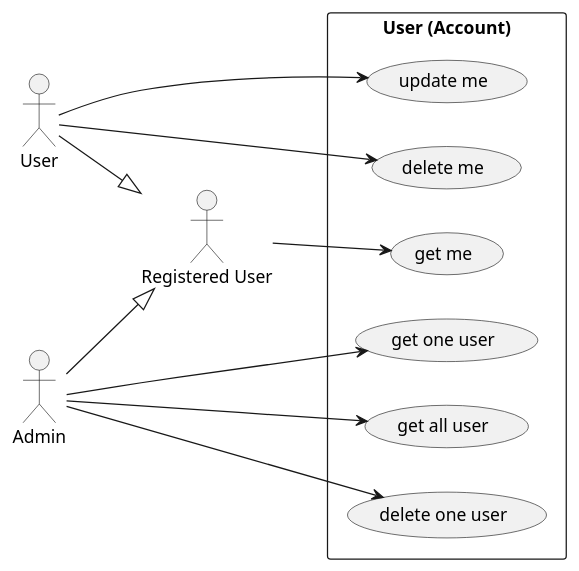
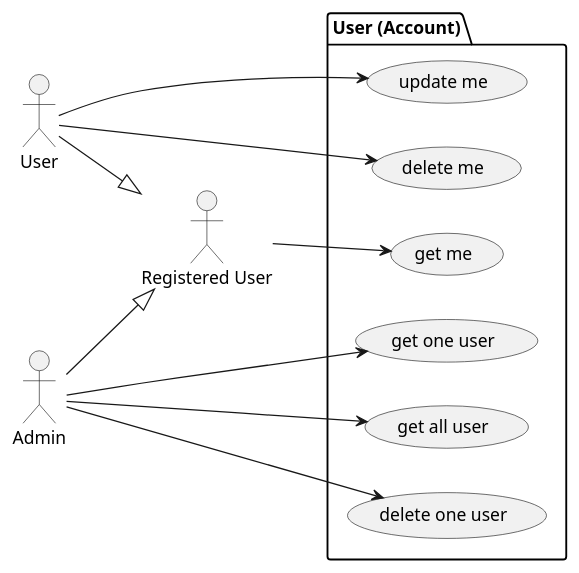
Before and after one commit to TeaChanathip/SwDev-Project: the diagram in diagrams/usecase/user/user.puml, drawn with PlantUML. The commit also changed 11 other files, not shown here.

```diff
--- a/diagrams/usecase/user/user.puml
+++ b/diagrams/usecase/user/user.puml
@@ -1,31 +1,31 @@
 @startuml user
 left to right direction
 
 actor "Registered User"
 actor User
 actor Admin
 
 User --|> "Registered User"
 Admin --|> "Registered User"
 
-rectangle "User (Account)" {
+package "User (Account)" {
     usecase "get me" as UserUC1
     usecase "update me" as UserUC2
     usecase "delete me" as UserUC3
 
     usecase "get one user" as UserUC4
     usecase "get all user" as UserUC5
     usecase "delete one user" as UserUC6
 }
 
 "Registered User" --> UserUC1
 
 User --> UserUC2
 User --> UserUC3
 
 Admin --> UserUC4
 Admin --> UserUC5
 Admin --> UserUC6
 
 
 @enduml
```
